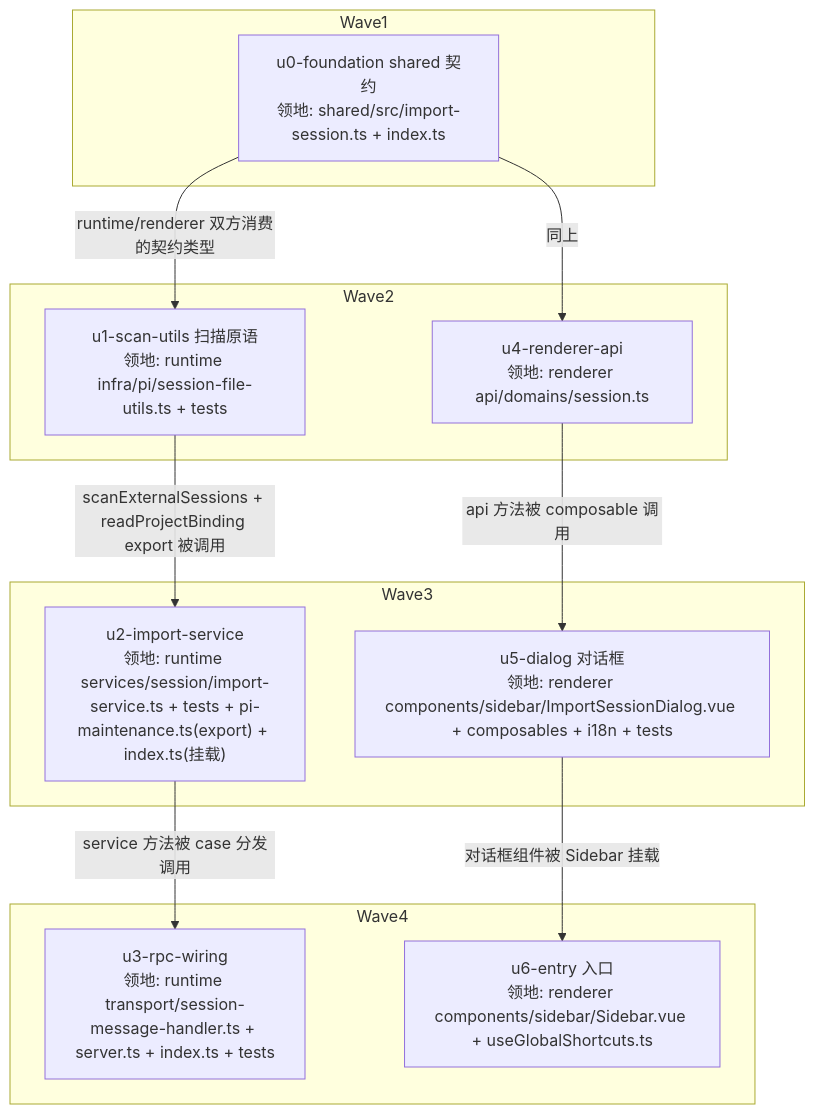
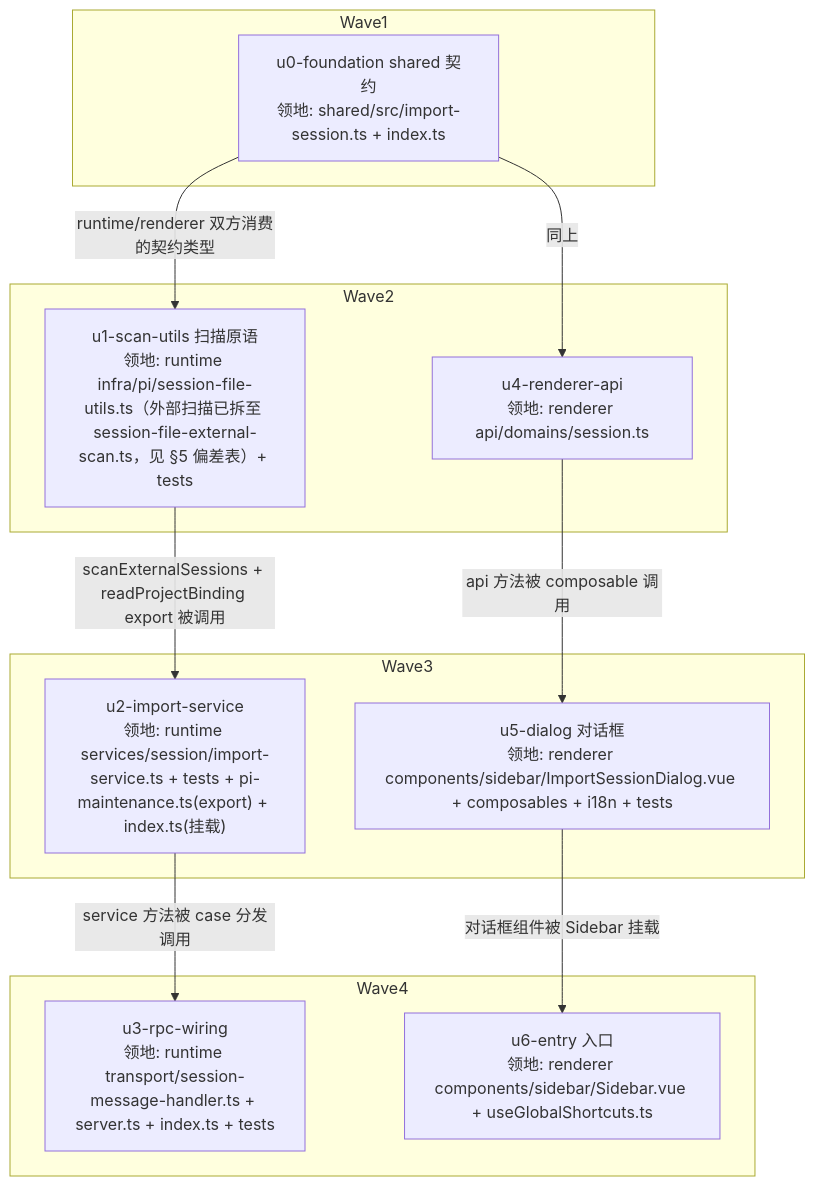
One commit to zhushanwen321/xyz-agent changed the diagram in docs/design/import-session.impl-plan.md. Above: the diagram before and after it, drawn with Mermaid. The commit also changed other lines of this file and 9 other files, not shown here.

````diff
--- a/docs/design/import-session.impl-plan.md
+++ b/docs/design/import-session.impl-plan.md
@@ -40,24 +40,24 @@
 ```mermaid
 graph TD
   subgraph W1[Wave1]
     U0["u0-foundation shared 契约<br/>领地: shared/src/import-session.ts + index.ts"]
   end
   subgraph W2[Wave2]
-    U1["u1-scan-utils 扫描原语<br/>领地: runtime infra/pi/session-file-utils.ts + tests"]
+    U1["u1-scan-utils 扫描原语<br/>领地: runtime infra/pi/session-file-utils.ts（外部扫描已拆至 session-file-external-scan.ts，见 §5 偏差表）+ tests"]
     U4["u4-renderer-api<br/>领地: renderer api/domains/session.ts"]
   end
   subgraph W3[Wave3]
     U2["u2-import-service<br/>领地: runtime services/session/import-service.ts + tests + pi-maintenance.ts(export) + index.ts(挂载)"]
     U5["u5-dialog 对话框<br/>领地: renderer components/sidebar/ImportSessionDialog.vue + composables + i18n + tests"]
   end
   subgraph W4[Wave4]
     U3["u3-rpc-wiring<br/>领地: runtime transport/session-message-handler.ts + server.ts + index.ts + tests"]
     U6["u6-entry 入口<br/>领地: renderer components/sidebar/Sidebar.vue + useGlobalShortcuts.ts"]
   end
   U0 -->|"runtime/renderer 双方消费的契约类型"| U1
   U0 -->|"同上"| U4
   U1 -->|"scanExternalSessions + readProjectBinding export 被调用"| U2
   U4 -->|"api 方法被 composable 调用"| U5
   U2 -->|"service 方法被 case 分发调用"| U3
   U5 -->|"对话框组件被 Sidebar 挂载"| U6
 ```
````
